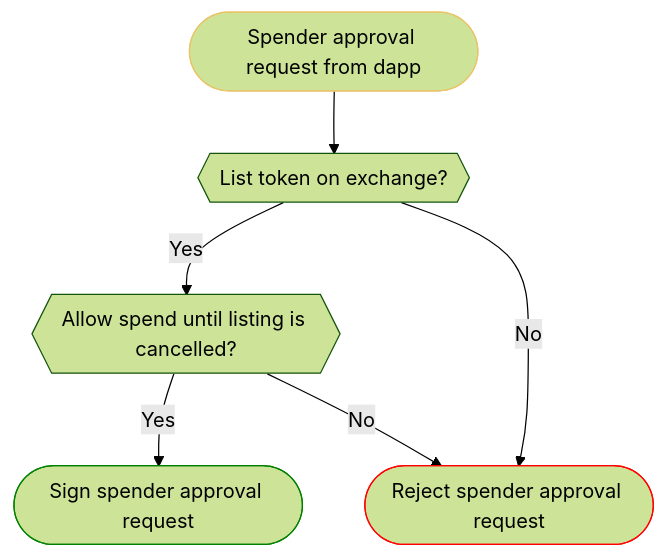
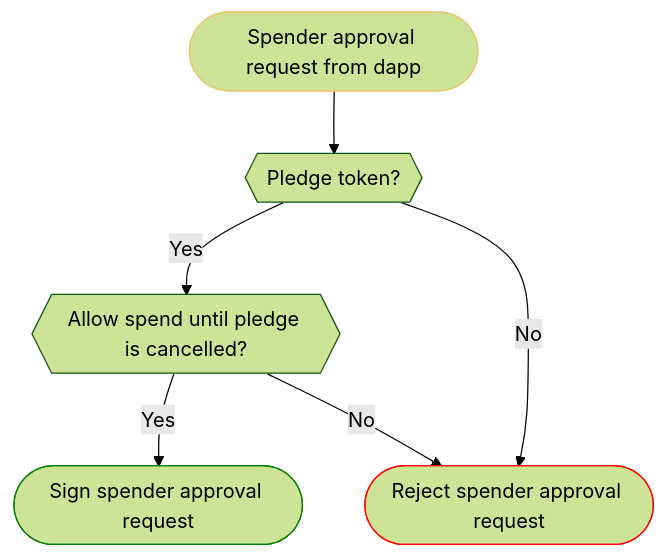
One commit to sealvault/sealvault changed the diagram in website/src/dev-docs/design/cross-connect.md. Above: the diagram before and after it, drawn with Mermaid (forest theme). The commit also changed other lines of this file and 2 other files, not shown here.

Commit message:
Rename token listing to token pledge

````diff
--- a/website/src/dev-docs/design/cross-connect.md
+++ b/website/src/dev-docs/design/cross-connect.md
@@ -98,16 +97,16 @@
 ```mermaid
 flowchart TB
-    spender_approval([Spender approval request from dapp]) -->  list_token{{List token on exchange?}}
-    list_token -- Yes --> allow_spend{{Allow spend until listing is cancelled?}}
-    list_token -- No --> reject([Reject spender approval request])
+    spender_approval([Spender approval request from dapp]) -->  pledge_token{{Pledge token?}}
+    pledge_token -- Yes --> allow_spend{{Allow spend until pledge is cancelled?}}
+    pledge_token -- No --> reject([Reject spender approval request])
     allow_spend -- Yes --> sign([Sign spender approval request])
     allow_spend -- No --> reject([Reject spender approval request])
     
     %% CSS-based class defs don't work
     classDef green stroke:green;
     classDef red stroke:red;
     classDef yellow stroke:#e9c46a;
     class sign green
     class spender_approval yellow
     class reject red
 ```
````
